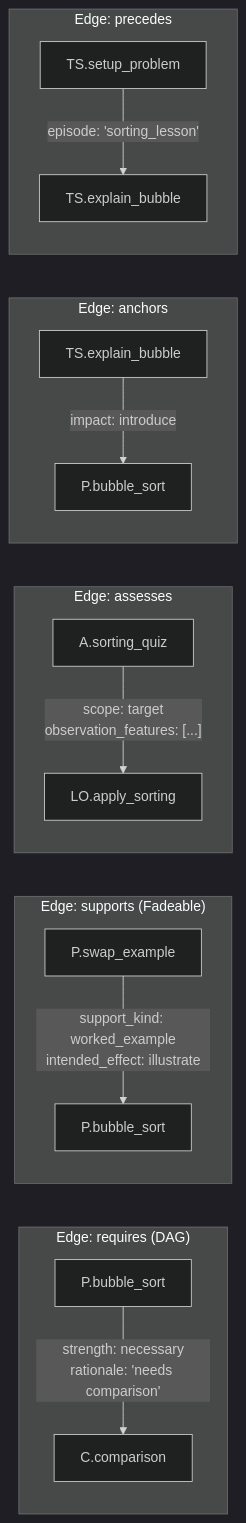
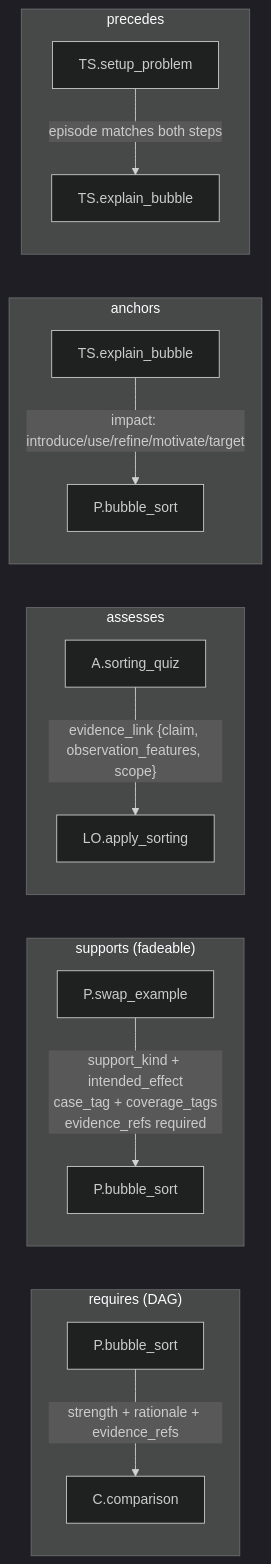
One commit to DhruvDh/weaver changed diagram 14 of 15 in README.md. Above: the diagram before and after it, drawn with Mermaid (dark theme). The commit also changed other lines of this file and 16 other files, not shown here.

Commit message:
Enforce intended anchors for assessments and tighten LLM prompts

````diff
--- a/README.md
+++ b/README.md
@@ -481,22 +485,22 @@
 ```mermaid
 flowchart LR
-    subgraph "Edge: requires (DAG)"
-        R1[P.bubble_sort] --> |"strength: necessary<br/>rationale: 'needs comparison'"| R2[C.comparison]
+    subgraph "requires (DAG)"
+        R1[P.bubble_sort] --> |"strength + rationale + evidence_refs"| R2[C.comparison]
     end
-    
-    subgraph "Edge: supports (Fadeable)"
-        S1[P.swap_example] --> |"support_kind: worked_example<br/>intended_effect: illustrate"| S2[P.bubble_sort]
+
+    subgraph "supports (fadeable)"
+        S1[P.swap_example] --> |"support_kind + intended_effect<br/>case_tag + coverage_tags<br/>evidence_refs required"| S2[P.bubble_sort]
     end
-    
-    subgraph "Edge: assesses"
-        A1[A.sorting_quiz] --> |"scope: target<br/>observation_features: [...]"| A2[LO.apply_sorting]
+
+    subgraph "assesses"
+        A1[A.sorting_quiz] --> |"evidence_link {claim, observation_features, scope}"| A2[LO.apply_sorting]
     end
-    
-    subgraph "Edge: anchors"
-        AN1[TS.explain_bubble] --> |"impact: introduce"| AN2[P.bubble_sort]
+
+    subgraph "anchors"
+        AN1[TS.explain_bubble] --> |"impact: introduce/use/refine/motivate/target"| AN2[P.bubble_sort]
     end
-    
-    subgraph "Edge: precedes"
-        P1[TS.setup_problem] --> |"episode: 'sorting_lesson'"| P2[TS.explain_bubble]
+
+    subgraph "precedes"
+        P1[TS.setup_problem] --> |"episode matches both steps"| P2[TS.explain_bubble]
     end
 ```
````
